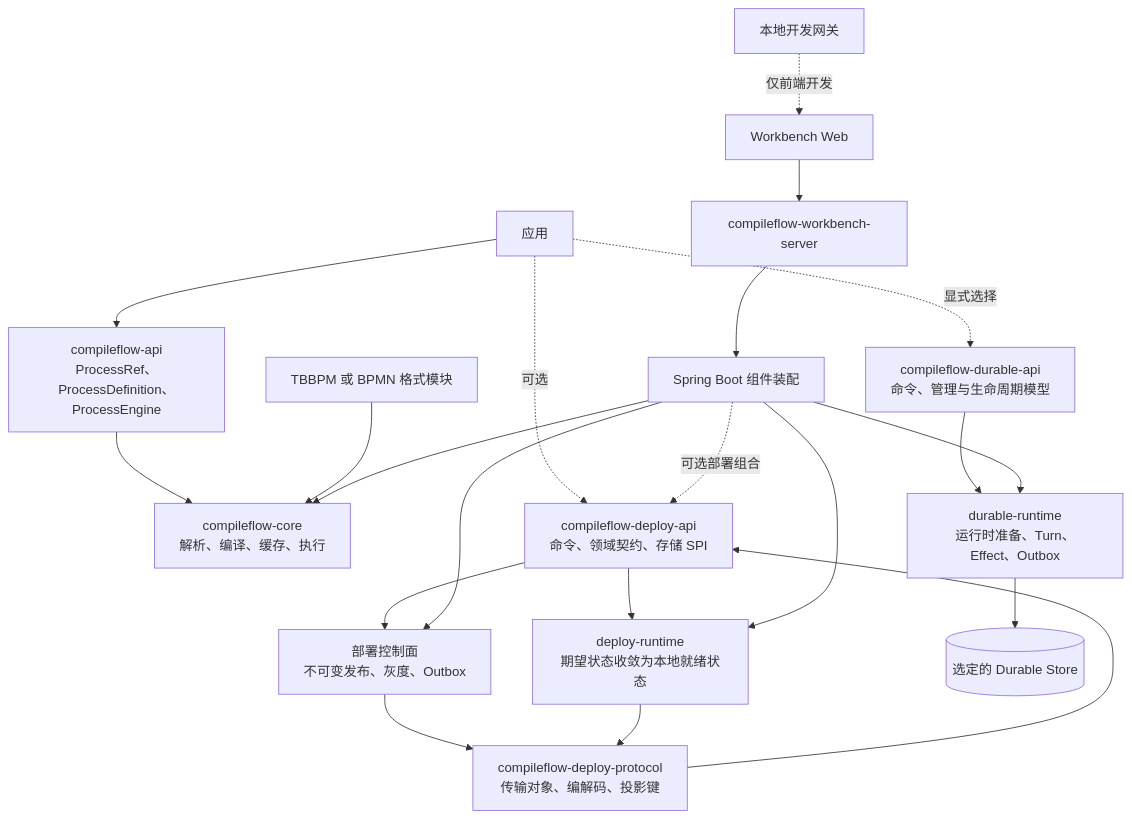
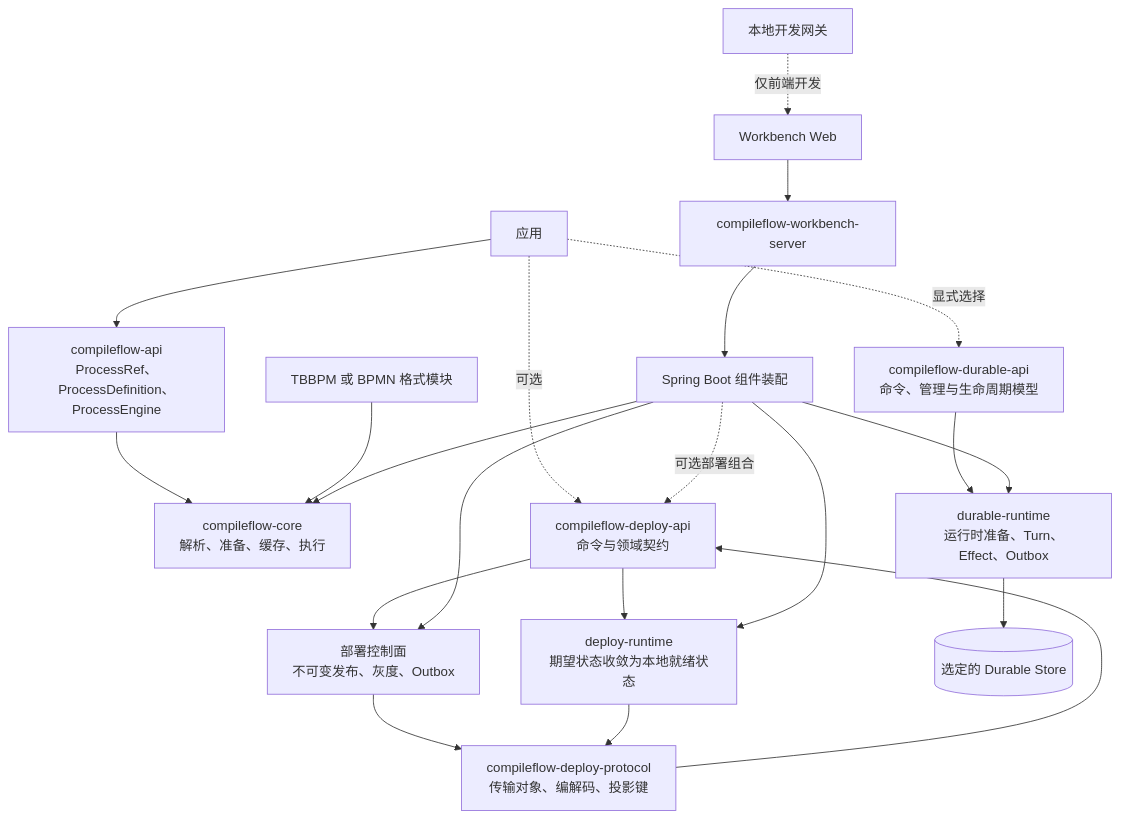
Before and after one commit to alibaba/compileflow: the diagram in docs/zh/architecture/overview.md, drawn with Mermaid. The commit also changed 116 other files, not shown here.

````diff
--- a/docs/zh/architecture/overview.md
+++ b/docs/zh/architecture/overview.md
@@ -8,39 +8,39 @@
 ```mermaid
 flowchart TB
     App["应用"]
     API["compileflow-api<br/>ProcessRef、ProcessDefinition、ProcessEngine"]
-    Core["compileflow-core<br/>解析、编译、缓存、执行"]
+    Core["compileflow-core<br/>解析、准备、缓存、执行"]
     Formats["TBBPM 或 BPMN 格式模块"]
-    DeployAPI["compileflow-deploy-api<br/>命令、领域契约、存储 SPI"]
+    DeployAPI["compileflow-deploy-api<br/>命令与领域契约"]
     DeployProtocol["compileflow-deploy-protocol<br/>传输对象、编解码、投影键"]
     Control["部署控制面<br/>不可变发布、灰度、Outbox"]
     Runtime["deploy-runtime<br/>期望状态收敛为本地就绪状态"]
     DurableAPI["compileflow-durable-api<br/>命令、管理与生命周期模型"]
     DurableRuntime["durable-runtime<br/>运行时准备、Turn、Effect、Outbox"]
     DurableStore[("选定的 Durable Store")]
     Spring["Spring Boot 组件装配"]
     Server["compileflow-workbench-server"]
     Workbench["Workbench Web"]
     DevGateway["本地开发网关"]
 
     App --> API
     API --> Core
     Formats --> Core
     App -. 可选 .-> DeployAPI
     DeployProtocol --> DeployAPI
     Control --> DeployProtocol
     Runtime --> DeployProtocol
     DeployAPI --> Control
     DeployAPI --> Runtime
     App -. 显式选择 .-> DurableAPI
     DurableAPI --> DurableRuntime
     DurableRuntime --> DurableStore
     Spring --> Core
     Spring --> Control
     Spring --> Runtime
     Spring -. 可选部署组合 .-> DeployAPI
     Spring --> DurableRuntime
     Server --> Spring
     Workbench --> Server
     DevGateway -. 仅前端开发 .-> Workbench
 ```
````
